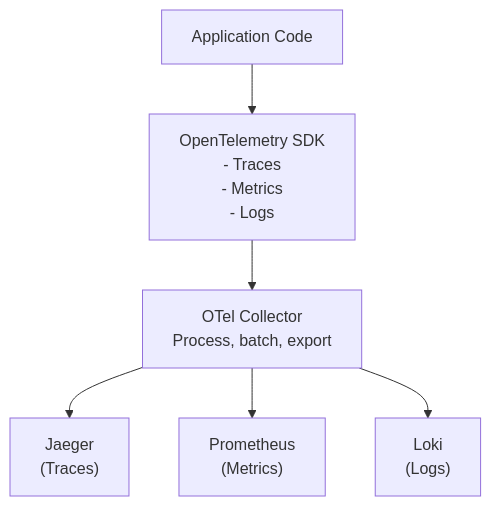
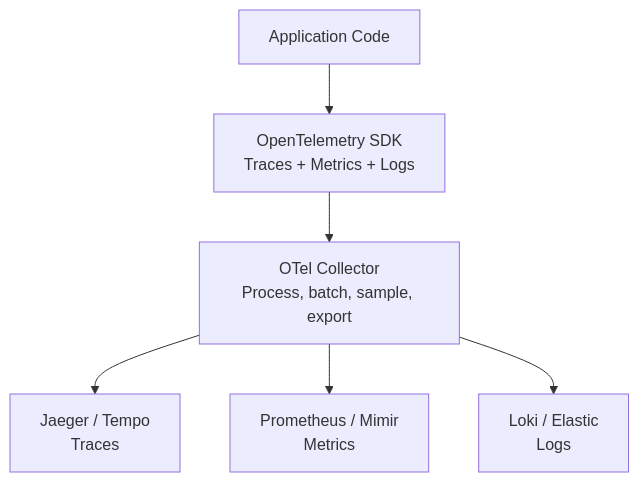
Before and after one commit to krisztiankoos/kubedojo: the eighth of 10 diagrams in src/content/docs/platform/foundations/observability-theory/module-3.2-the-three-pillars.md, drawn with Mermaid. The commit also changed other lines of this file, not shown here.

````diff
--- a/src/content/docs/platform/foundations/observability-theory/module-3.2-the-three-pillars.md
+++ b/src/content/docs/platform/foundations/observability-theory/module-3.2-the-three-pillars.md
@@ -484,8 +490,8 @@
 ```mermaid
 graph TD
-    App[Application Code] --> SDK["OpenTelemetry SDK<br/>- Traces<br/>- Metrics<br/>- Logs"]
-    SDK --> Col["OTel Collector<br/>Process, batch, export"]
-    Col --> J["Jaeger<br/>(Traces)"]
-    Col --> P["Prometheus<br/>(Metrics)"]
-    Col --> L["Loki<br/>(Logs)"]
+    App[Application Code] --> SDK["OpenTelemetry SDK<br/>Traces + Metrics + Logs"]
+    SDK --> Col["OTel Collector<br/>Process, batch, sample, export"]
+    Col --> J["Jaeger / Tempo<br/>Traces"]
+    Col --> P["Prometheus / Mimir<br/>Metrics"]
+    Col --> L["Loki / Elastic<br/>Logs"]
 ```
````
